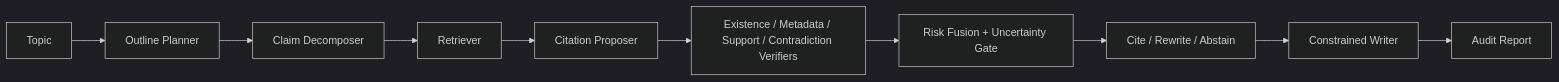
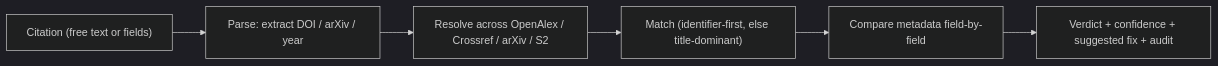
Before and after one commit to xiaweiyi713/citeguard: the diagram in README.md, drawn with Mermaid (dark theme). The commit also changed other lines of this file, not shown here.

Commit message:
Rewrite README around the citation-verification capability

````diff
--- a/README.md
+++ b/README.md
@@ -48,12 +39,8 @@
 ```mermaid
 flowchart LR
-    A["Topic"] --> B["Outline Planner"]
-    B --> C["Claim Decomposer"]
-    C --> D["Retriever"]
-    D --> E["Citation Proposer"]
-    E --> F["Existence / Metadata / Support / Contradiction Verifiers"]
-    F --> G["Risk Fusion + Uncertainty Gate"]
-    G --> H["Cite / Rewrite / Abstain"]
-    H --> I["Constrained Writer"]
-    I --> J["Audit Report"]
+    A["Citation (free text or fields)"] --> B["Parse: extract DOI / arXiv / year"]
+    B --> C["Resolve across OpenAlex / Crossref / arXiv / S2"]
+    C --> D["Match (identifier-first, else title-dominant)"]
+    D --> E["Compare metadata field-by-field"]
+    E --> F["Verdict + confidence + suggested fix + audit"]
 ```
````
